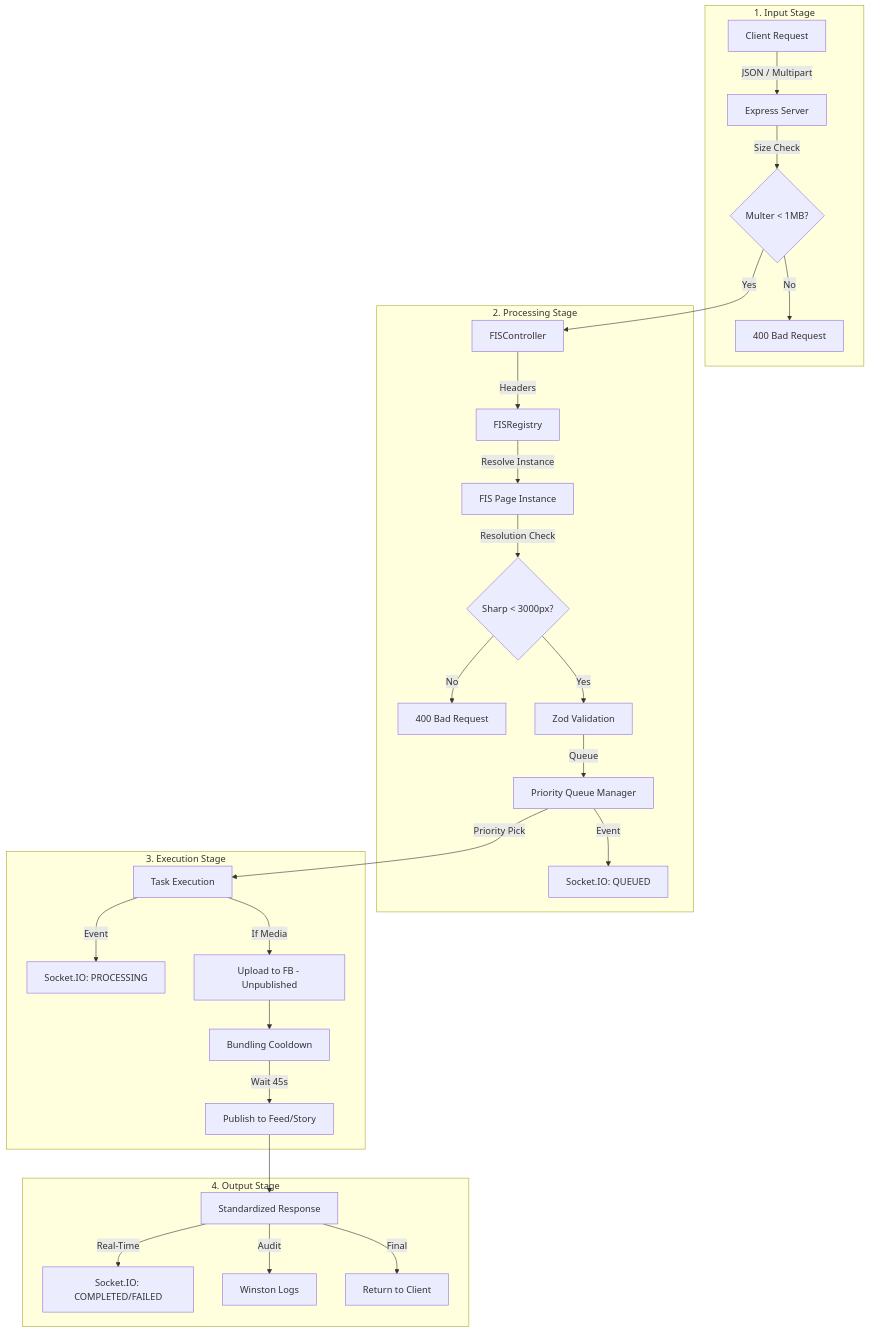
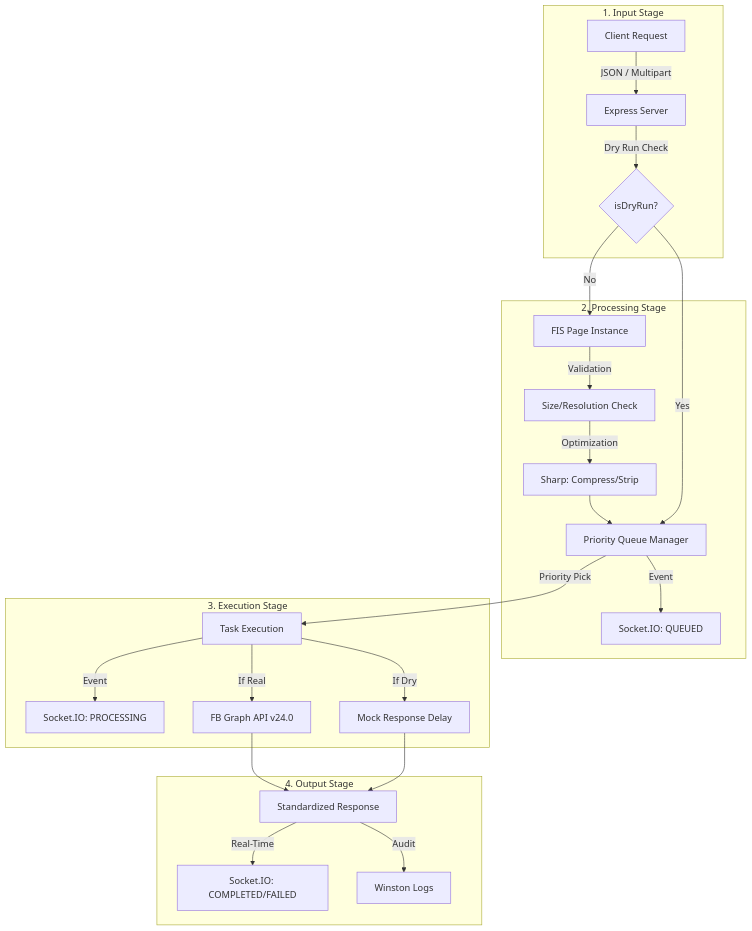
The diagram in README.md (mr23simple/usmm), drawn with Mermaid before and after one commit. The commit also changed other lines of this file and 13 other files, not shown here.

````diff
--- a/README.md
+++ b/README.md
@@ -16,34 +60,29 @@
 ```mermaid
 graph TD
     subgraph Input_Stage [1. Input Stage]
         A[Client Request] -->|JSON / Multipart| B[Express Server]
-        B -->|Size Check| C{Multer < 1MB?}
-        C -->|No| D[400 Bad Request]
+        B -->|Dry Run Check| C{isDryRun?}
     end
 
     subgraph Process_Stage [2. Processing Stage]
-        C -->|Yes| E[FISController]
-        E -->|Headers| F[FISRegistry]
-        F -->|Resolve Instance| G[FIS Page Instance]
-        G -->|Resolution Check| H{Sharp < 3000px?}
-        H -->|No| I[400 Bad Request]
-        H -->|Yes| J[Zod Validation]
-        J -->|Queue| K[Priority Queue Manager]
-        K -->|Event| L[Socket.IO: QUEUED]
+        C -->|No| D[FIS Page Instance]
+        D -->|Validation| E[Size/Resolution Check]
+        E -->|Optimization| F[Sharp: Compress/Strip]
+        F --> G[Priority Queue Manager]
+        C -->|Yes| G
+        G -->|Event| H[Socket.IO: QUEUED]
     end
 
     subgraph Execution_Stage [3. Execution Stage]
-        K -->|Priority Pick| M[Task Execution]
-        M -->|Event| N[Socket.IO: PROCESSING]
-        M -->|If Media| O[Upload to FB - Unpublished]
-        O --> P[Bundling Cooldown]
-        P -->|Wait 45s| Q[Publish to Feed/Story]
+        G -->|Priority Pick| I[Task Execution]
+        I -->|Event| J[Socket.IO: PROCESSING]
+        I -->|If Real| K[FB Graph API v24.0]
+        I -->|If Dry| L[Mock Response Delay]
     end
 
     subgraph Output_Stage [4. Output Stage]
-        Q --> R[Standardized Response]
-        R -->|Real-Time| S[Socket.IO: COMPLETED/FAILED]
-        R -->|Audit| T[Winston Logs]
-        R -->|Final| U[Return to Client]
+        K & L --> M[Standardized Response]
+        M -->|Real-Time| N[Socket.IO: COMPLETED/FAILED]
+        M -->|Audit| O[Winston Logs]
     end
 ```
````
